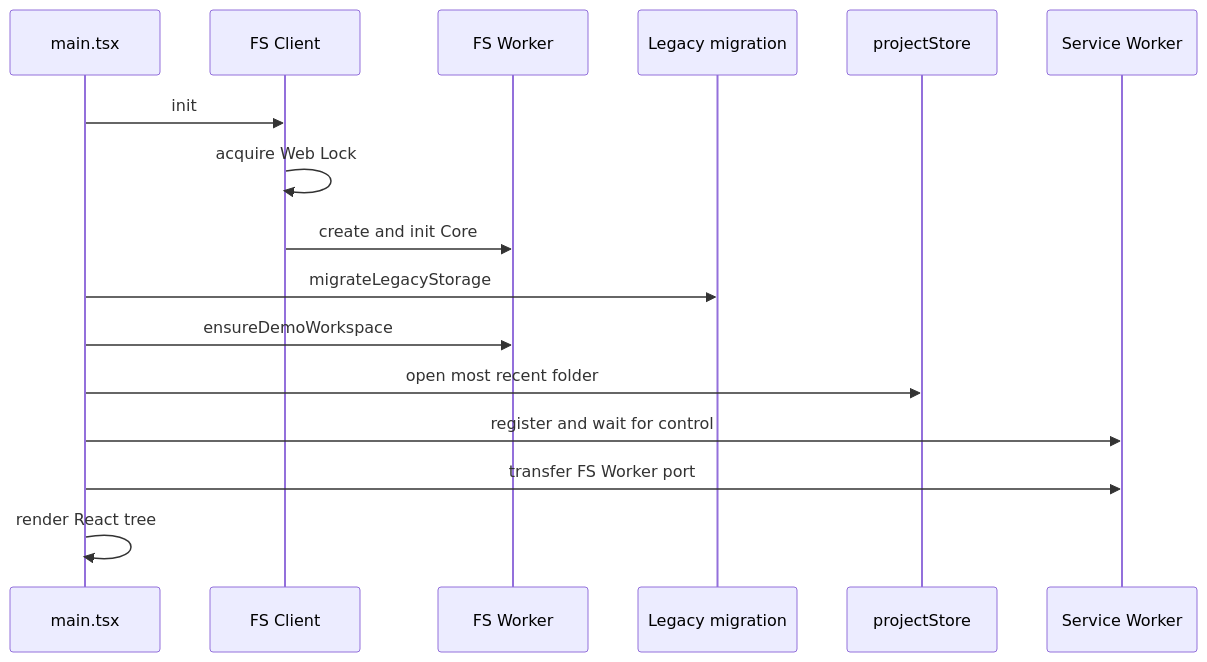
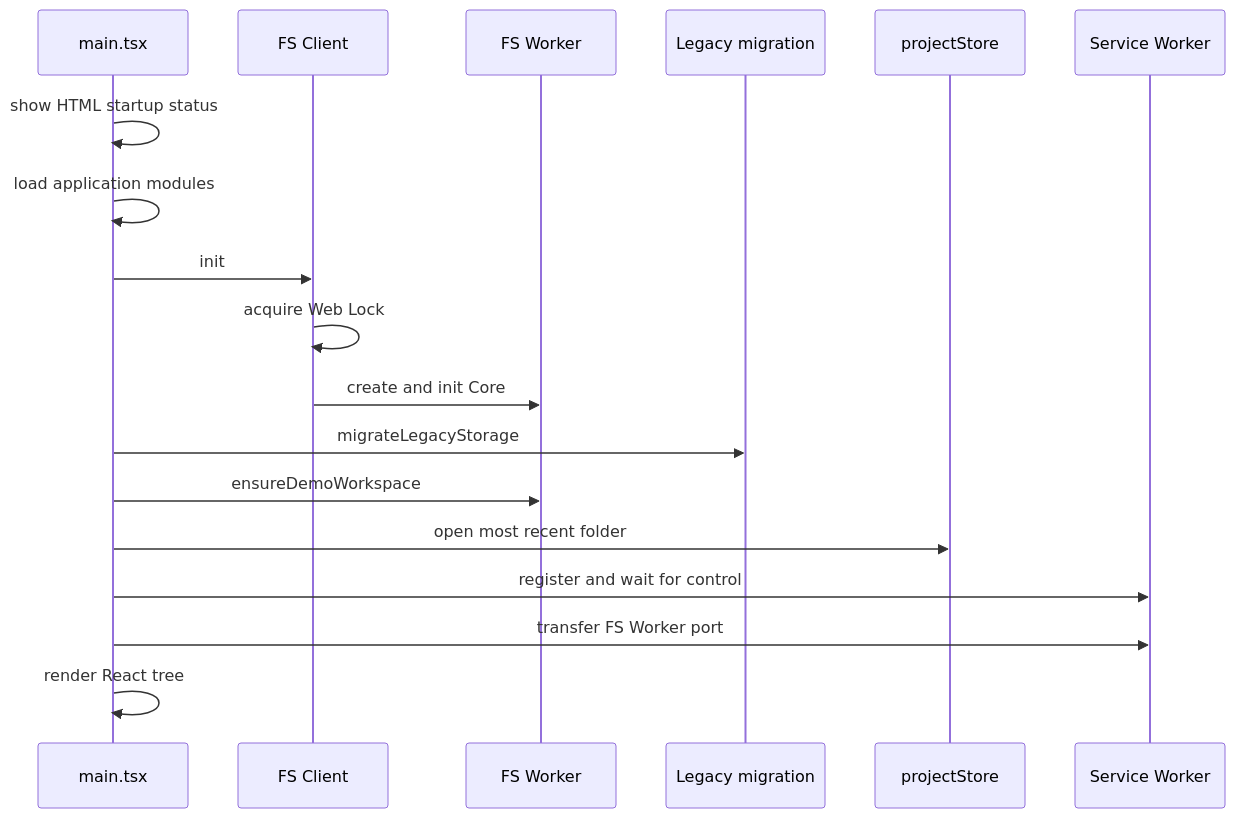
The second of 2 diagrams in docs/arch/system-overview.md (Stasshe/Pyxis-CodeCanvas), drawn with Mermaid before and after one commit. The commit also changed other lines of this file and 34 other files, not shown here.

````diff
--- a/docs/arch/system-overview.md
+++ b/docs/arch/system-overview.md
@@ -88,18 +88,20 @@
 ```mermaid
 sequenceDiagram
   participant Page as main.tsx
   participant Client as FS Client
   participant Worker as FS Worker
   participant Mig as Legacy migration
   participant Proj as projectStore
   participant SW as Service Worker
+  Page->>Page: show HTML startup status
+  Page->>Page: load application modules
   Page->>Client: init
   Client->>Client: acquire Web Lock
   Client->>Worker: create and init Core
   Page->>Mig: migrateLegacyStorage
   Page->>Worker: ensureDemoWorkspace
   Page->>Proj: open most recent folder
   Page->>SW: register and wait for control
   Page->>SW: transfer FS Worker port
   Page->>Page: render React tree
 ```
````
